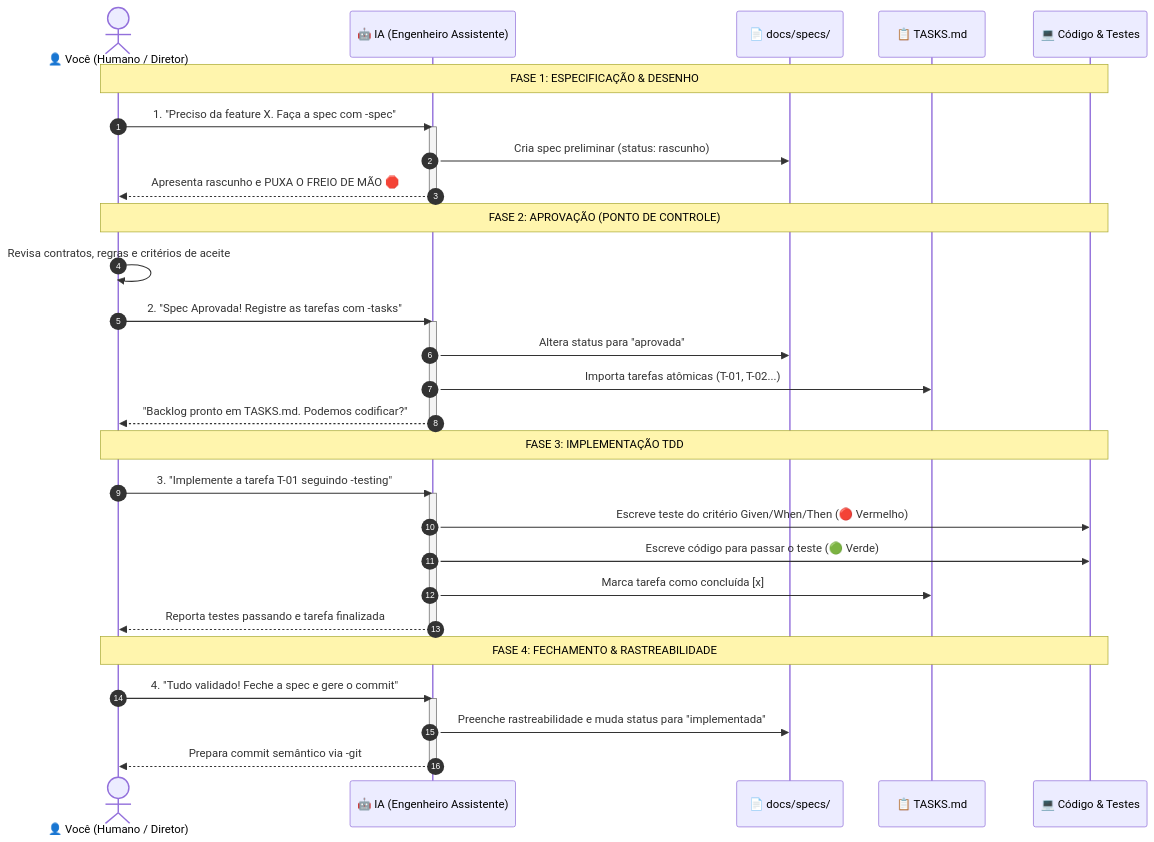
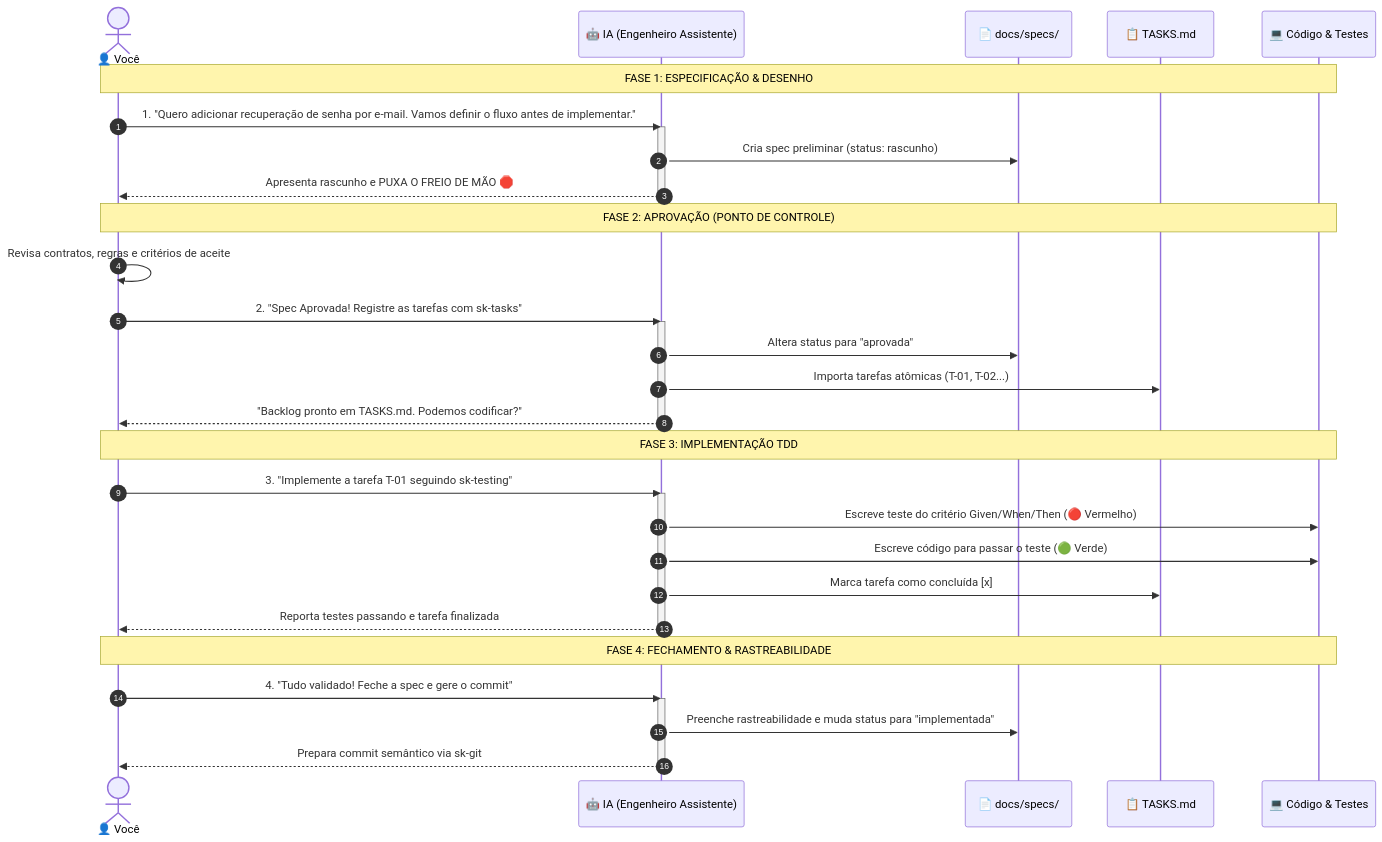
One commit to heliomarpm/skills changed the diagram in docs/GUIA_PRATICO_SDD.md. Above: the diagram before and after it, drawn with Mermaid. The commit also changed other lines of this file, not shown here.

First line of the commit message:
docs: 📝 atualizar guia de desenvolvimento com novas skills

````diff
--- a/docs/GUIA_PRATICO_SDD.md
+++ b/docs/GUIA_PRATICO_SDD.md
@@ -21,41 +21,41 @@
 ```mermaid
 sequenceDiagram
     autonumber
-    actor VOCE as 👤 Você (Humano / Diretor)
+    actor VOCE as 👤 Você
     participant IA as 🤖 IA (Engenheiro Assistente)
     participant SPEC as 📄 docs/specs/
     participant TASKS as 📋 TASKS.md
     participant CODE as 💻 Código & Testes
 
     Note over VOCE, CODE: FASE 1: ESPECIFICAÇÃO & DESENHO
-    VOCE->>IA: 1. "Preciso da feature X. Faça a spec com -spec"
+    VOCE->>IA: 1. "Quero adicionar recuperação de senha por e-mail. Vamos definir o fluxo antes de implementar."
     activate IA
     IA->>SPEC: Cria spec preliminar (status: rascunho)
     IA-->>VOCE: Apresenta rascunho e PUXA O FREIO DE MÃO 🛑
     deactivate IA
 
     Note over VOCE, CODE: FASE 2: APROVAÇÃO (PONTO DE CONTROLE)
     VOCE->>VOCE: Revisa contratos, regras e critérios de aceite
-    VOCE->>IA: 2. "Spec Aprovada! Registre as tarefas com -tasks"
+    VOCE->>IA: 2. "Spec Aprovada! Registre as tarefas com sk-tasks"
     activate IA
     IA->>SPEC: Altera status para "aprovada"
     IA->>TASKS: Importa tarefas atômicas (T-01, T-02...)
     IA-->>VOCE: "Backlog pronto em TASKS.md. Podemos codificar?"
     deactivate IA
 
     Note over VOCE, CODE: FASE 3: IMPLEMENTAÇÃO TDD
-    VOCE->>IA: 3. "Implemente a tarefa T-01 seguindo -testing"
+    VOCE->>IA: 3. "Implemente a tarefa T-01 seguindo sk-testing"
     activate IA
     IA->>CODE: Escreve teste do critério Given/When/Then (🔴 Vermelho)
     IA->>CODE: Escreve código para passar o teste (🟢 Verde)
     IA->>TASKS: Marca tarefa como concluída [x]
     IA-->>VOCE: Reporta testes passando e tarefa finalizada
     deactivate IA
 
     Note over VOCE, CODE: FASE 4: FECHAMENTO & RASTREABILIDADE
     VOCE->>IA: 4. "Tudo validado! Feche a spec e gere o commit"
     activate IA
     IA->>SPEC: Preenche rastreabilidade e muda status para "implementada"
-    IA-->>VOCE: Prepara commit semântico via -git
+    IA-->>VOCE: Prepara commit semântico via sk-git
     deactivate IA
 ```
````
